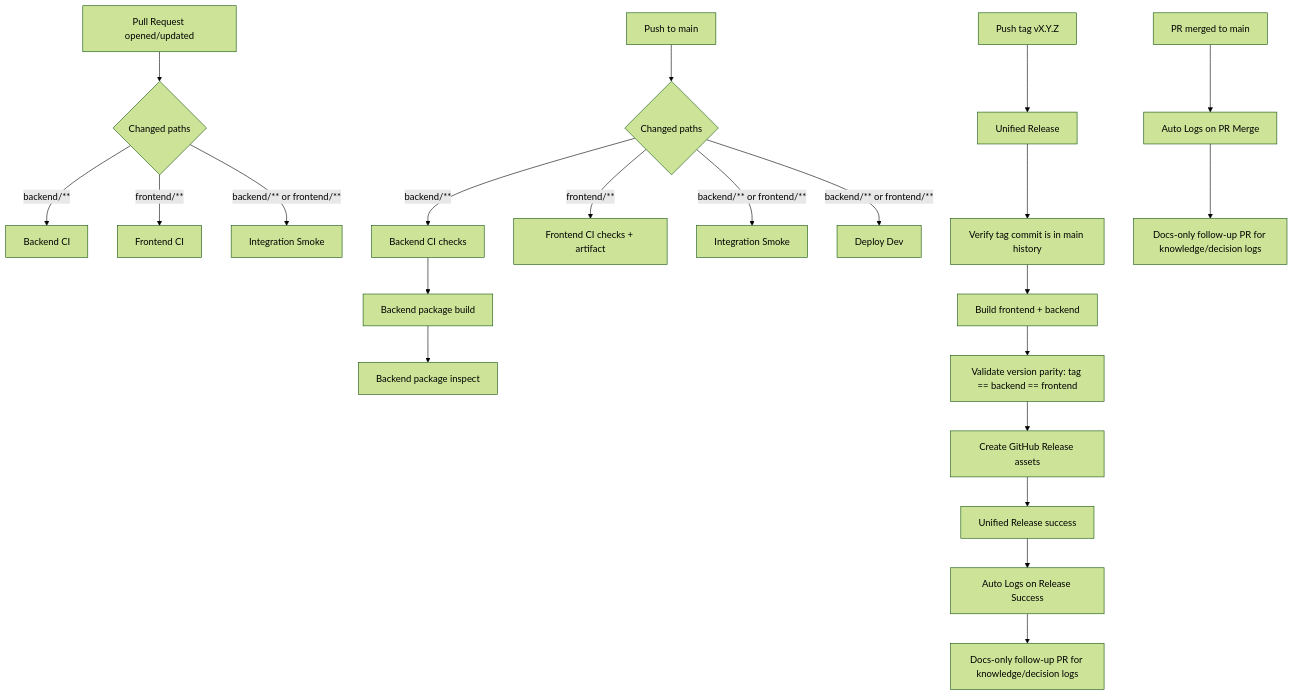
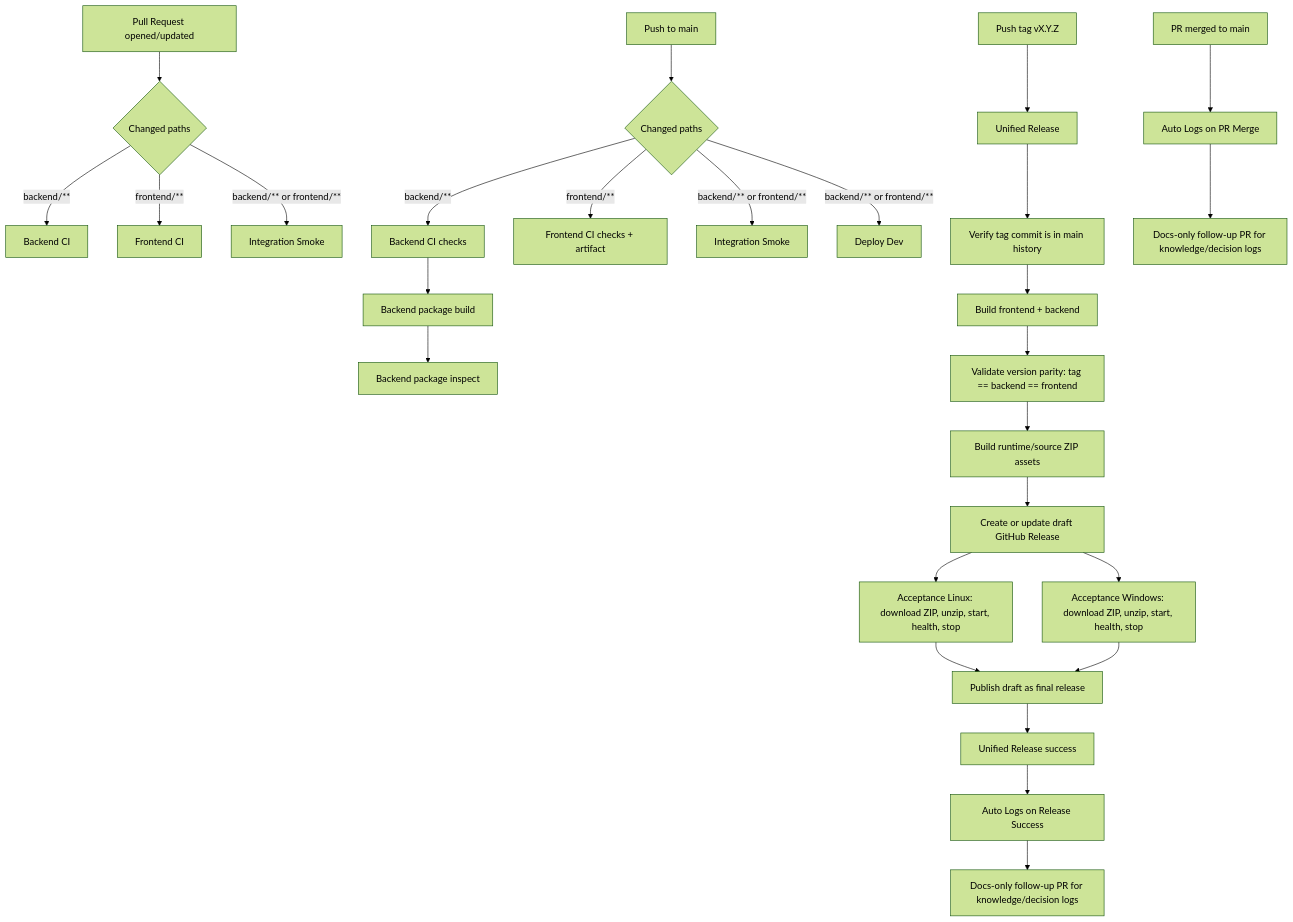
One commit to solanos-tech/dali-analyzer changed the first of 2 diagrams in docs/ci-cd.md. Above: the diagram before and after it, drawn with Mermaid (forest theme). The commit also changed other lines of this file and 14 other files, not shown here.

Commit message:
feat(release): publish runtime/source zips with blocking acceptance gates

````diff
--- a/docs/ci-cd.md
+++ b/docs/ci-cd.md
@@ -7,28 +7,33 @@
 ```mermaid
 flowchart TD
   A[Pull Request opened/updated] --> B{Changed paths}
   B -->|backend/**| C[Backend CI]
   B -->|frontend/**| D[Frontend CI]
   B -->|backend/** or frontend/**| E[Integration Smoke]
 
   F[Push to main] --> G{Changed paths}
   G -->|backend/**| H[Backend CI checks]
   H --> I[Backend package build]
   I --> J[Backend package inspect]
   G -->|frontend/**| K[Frontend CI checks + artifact]
   G -->|backend/** or frontend/**| L[Integration Smoke]
   G -->|backend/** or frontend/**| M[Deploy Dev]
 
   N[Push tag vX.Y.Z] --> O[Unified Release]
   O --> P[Verify tag commit is in main history]
   P --> Q[Build frontend + backend]
   Q --> R[Validate version parity: tag == backend == frontend]
-  R --> S[Create GitHub Release assets]
+  R --> S[Build runtime/source ZIP assets]
+  S --> T[Create or update draft GitHub Release]
+  T --> U[Acceptance Linux: download ZIP, unzip, start, health, stop]
+  T --> V[Acceptance Windows: download ZIP, unzip, start, health, stop]
+  U --> W[Publish draft as final release]
+  V --> W
 
-  T[PR merged to main] --> U[Auto Logs on PR Merge]
-  U --> V[Docs-only follow-up PR for knowledge/decision logs]
+  X[PR merged to main] --> Y[Auto Logs on PR Merge]
+  Y --> Z[Docs-only follow-up PR for knowledge/decision logs]
 
-  S --> W[Unified Release success]
-  W --> X[Auto Logs on Release Success]
-  X --> Y[Docs-only follow-up PR for knowledge/decision logs]
+  W --> AA[Unified Release success]
+  AA --> AB[Auto Logs on Release Success]
+  AB --> AC[Docs-only follow-up PR for knowledge/decision logs]
 ```
````
